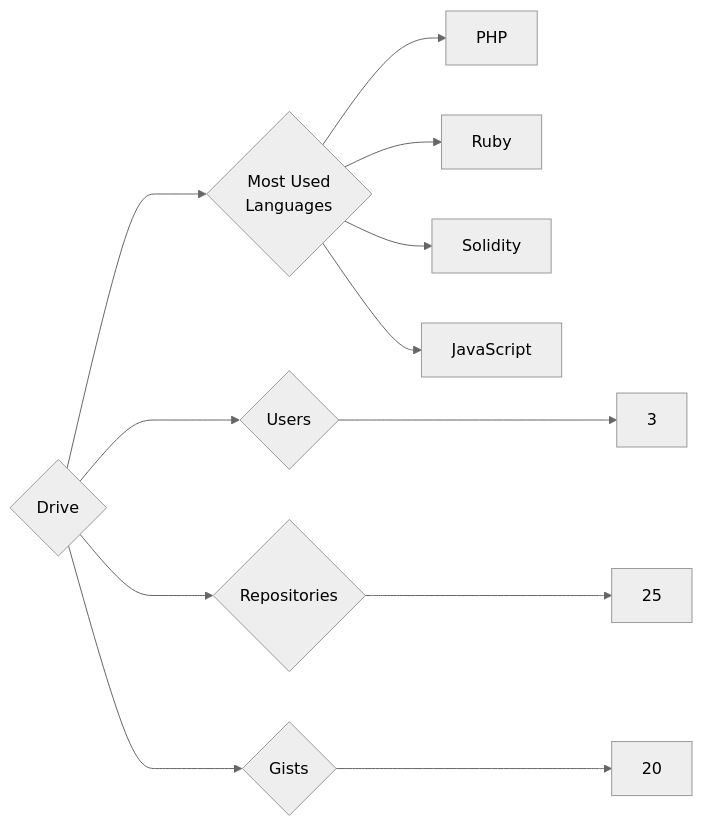
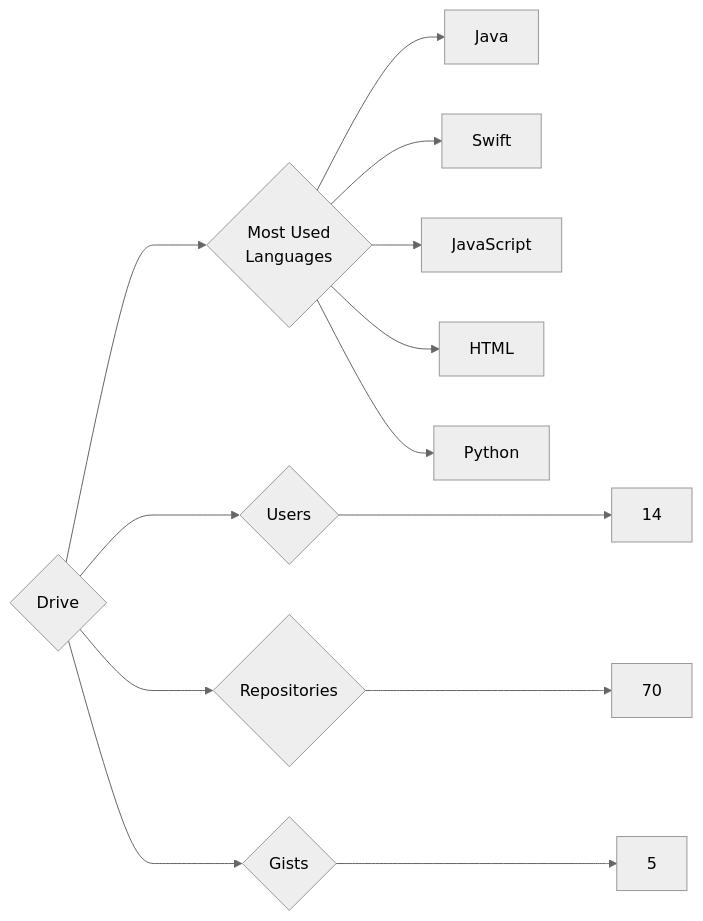
One commit to trickest/insiders changed the diagram in targets/Drive/README.md. Above: the diagram before and after it, drawn with Mermaid (neutral theme). The commit also changed 809 other files, not shown here.

````diff
--- a/targets/Drive/README.md
+++ b/targets/Drive/README.md
@@ -3,12 +3,13 @@
 ```mermaid
 graph LR
 COMPANY_NAME{Drive}
-COMPANY_NAME ---> U{Users} ---> UN[3]
-COMPANY_NAME ---> R{Repositories} ---> RN[25]
-COMPANY_NAME ---> G{Gists} ---> GN[20]
+COMPANY_NAME ---> U{Users} ---> UN[14]
+COMPANY_NAME ---> R{Repositories} ---> RN[70]
+COMPANY_NAME ---> G{Gists} ---> GN[5]
 COMPANY_NAME ---> ML{Most Used<br>Languages}
-ML --> PHP[PHP]
-ML --> Ruby[Ruby]
-ML --> Solidity[Solidity]
+ML --> Java[Java]
+ML --> Swift[Swift]
 ML --> JavaScript[JavaScript]
+ML --> HTML[HTML]
+ML --> Python[Python]
 ```
````
